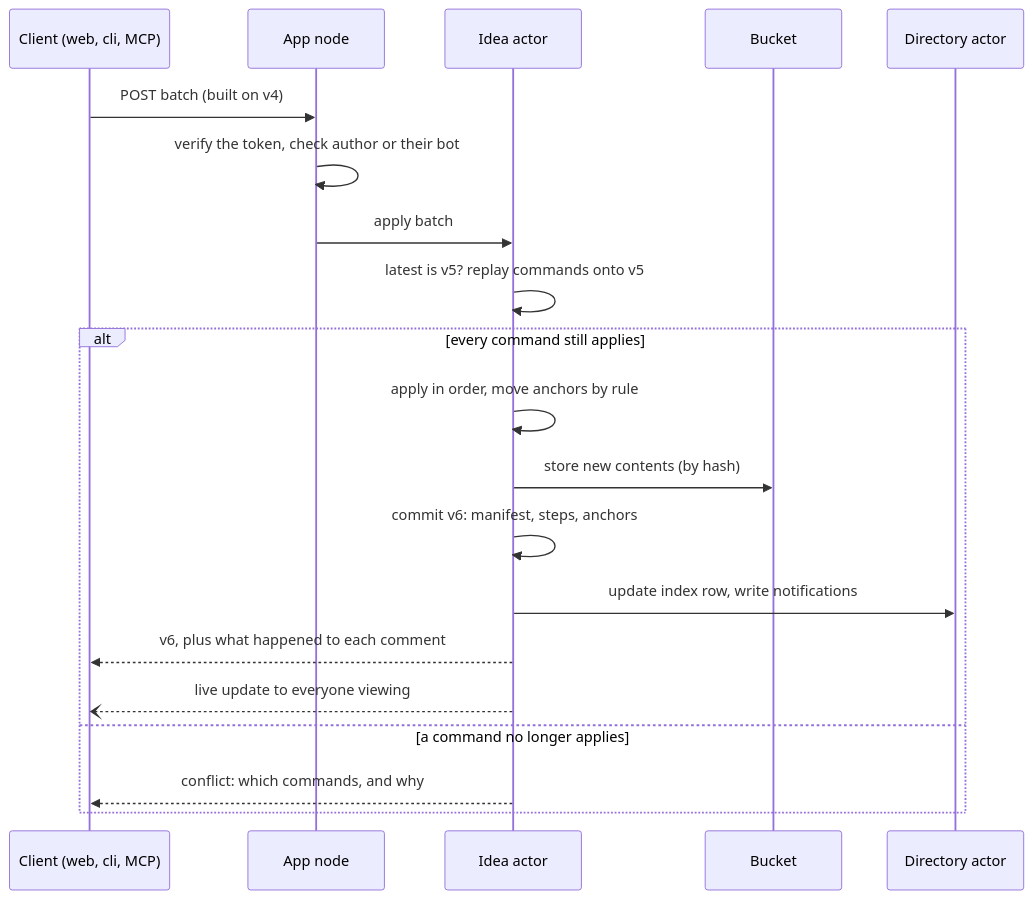
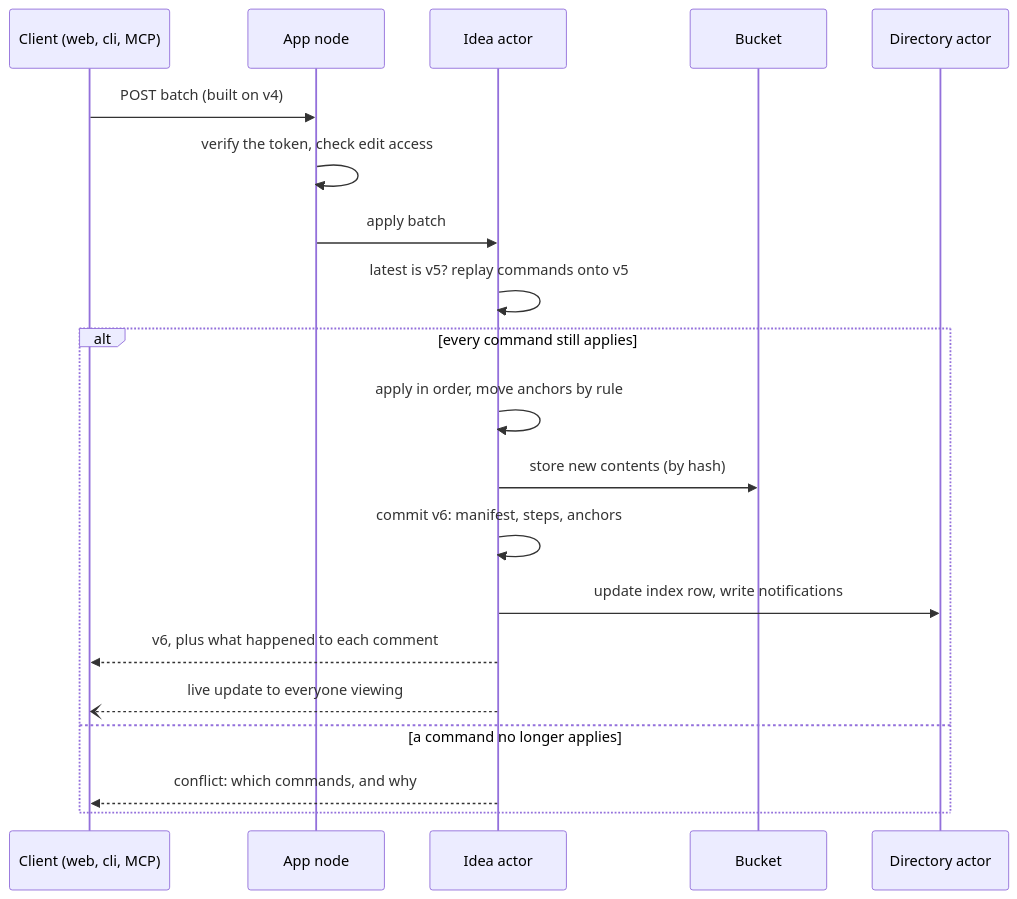
Before and after one commit to ckedwards/ideation-factory: the third of 4 diagrams in docs/mvp/architecture-backend.md, drawn with Mermaid. The commit also changed other lines of this file and 8 other files, not shown here.

````diff
--- a/docs/mvp/architecture-backend.md
+++ b/docs/mvp/architecture-backend.md
@@ -110,22 +114,22 @@
 ```mermaid
 sequenceDiagram
     participant C as Client (web, cli, MCP)
     participant A as App node
     participant I as Idea actor
     participant B as Bucket
     participant D as Directory actor
     C->>A: POST batch (built on v4)
-    A->>A: verify the token, check author or their bot
+    A->>A: verify the token, check edit access
     A->>I: apply batch
     I->>I: latest is v5? replay commands onto v5
     alt every command still applies
         I->>I: apply in order, move anchors by rule
         I->>B: store new contents (by hash)
         I->>I: commit v6: manifest, steps, anchors
         I->>D: update index row, write notifications
         I-->>C: v6, plus what happened to each comment
         I--)C: live update to everyone viewing
     else a command no longer applies
         I-->>C: conflict: which commands, and why
     end
 ```
````
